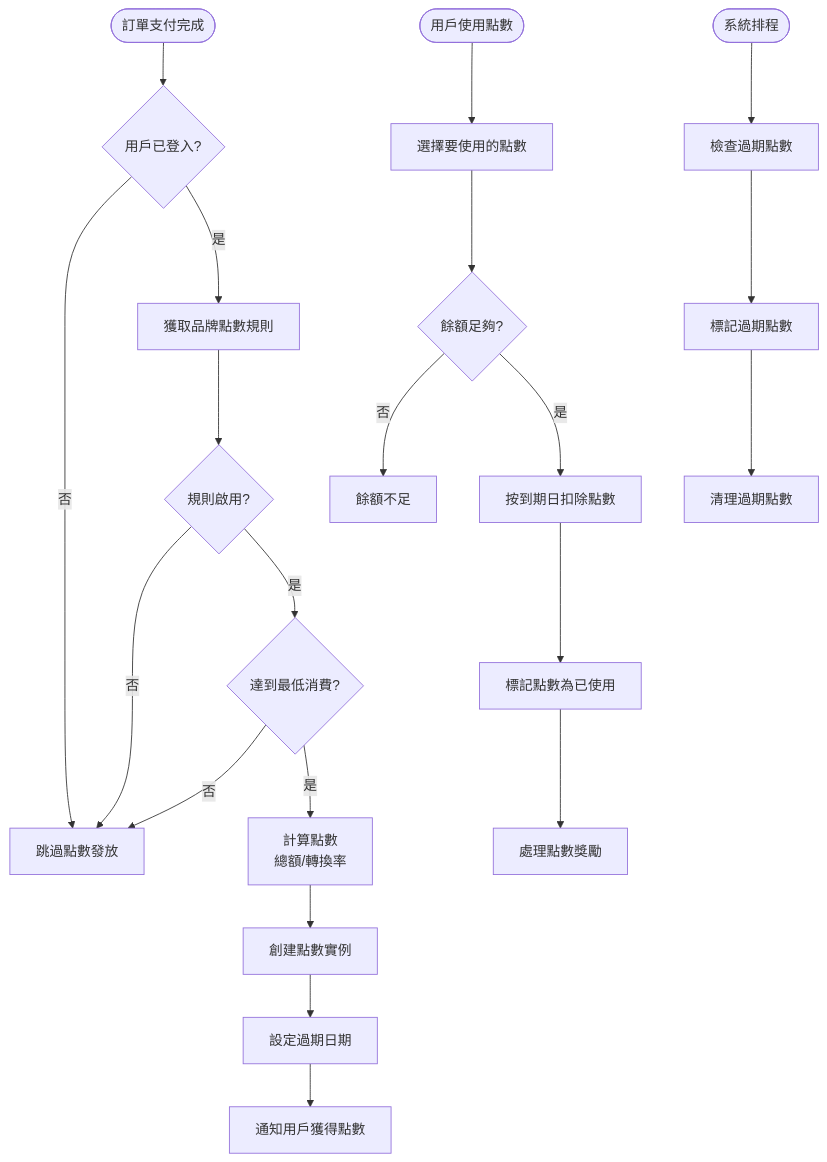
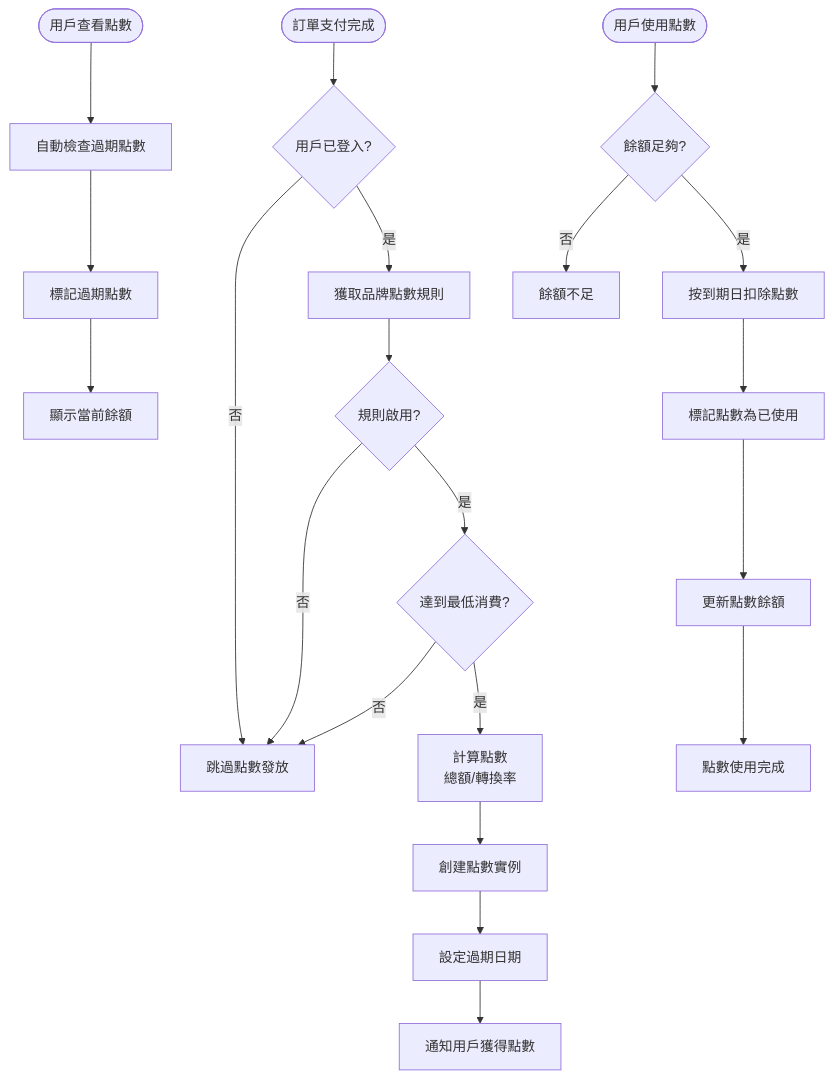
One commit to RabbirReaper/online-order-system changed the eighth of 12 diagrams in README.md. Above: the diagram before and after it, drawn with Mermaid.

Commit message:
fix: 更新點數流程圖，新增用戶查看點數及自動檢查過期點數的邏輯

````diff
--- a/README.md
+++ b/README.md
@@ -676,29 +676,29 @@
 ```mermaid
 flowchart TD
     OrderPaid([訂單支付完成]) --> CheckUser{用戶已登入?}
     CheckUser -->|否| SkipPoints[跳過點數發放]
     CheckUser -->|是| GetRules[獲取品牌點數規則]
     
     GetRules --> RuleActive{規則啟用?}
     RuleActive -->|否| SkipPoints
     RuleActive -->|是| CheckMinimum{達到最低消費?}
     
     CheckMinimum -->|否| SkipPoints
     CheckMinimum -->|是| CalcPoints[計算點數<br/>總額/轉換率]
     
     CalcPoints --> CreatePoints[創建點數實例]
     CreatePoints --> SetExpiry[設定過期日期]
     SetExpiry --> NotifyUser[通知用戶獲得點數]
     
-    UsePoints([用戶使用點數]) --> SelectPoints[選擇要使用的點數]
-    SelectPoints --> CheckBalance{餘額足夠?}
+    UserViewPoints([用戶查看點數]) --> AutoCheckExpired[自動檢查過期點數]
+    AutoCheckExpired --> MarkExpired[標記過期點數]
+    MarkExpired --> DisplayBalance[顯示當前餘額]
+    
+    UsePoints([用戶使用點數]) --> CheckBalance{餘額足夠?}
     CheckBalance -->|否| InsufficientBalance[餘額不足]
     CheckBalance -->|是| DeductFIFO[按到期日扣除點數]
     
     DeductFIFO --> MarkUsed[標記點數為已使用]
-    MarkUsed --> ProcessReward[處理點數獎勵]
-    
-    SystemSchedule([系統排程]) --> CheckExpired[檢查過期點數]
-    CheckExpired --> MarkExpired[標記過期點數]
-    MarkExpired --> CleanupExpired[清理過期點數]
+    MarkUsed --> UpdateBalance[更新點數餘額]
+    UpdateBalance --> ProcessComplete[點數使用完成]
 ```
````
